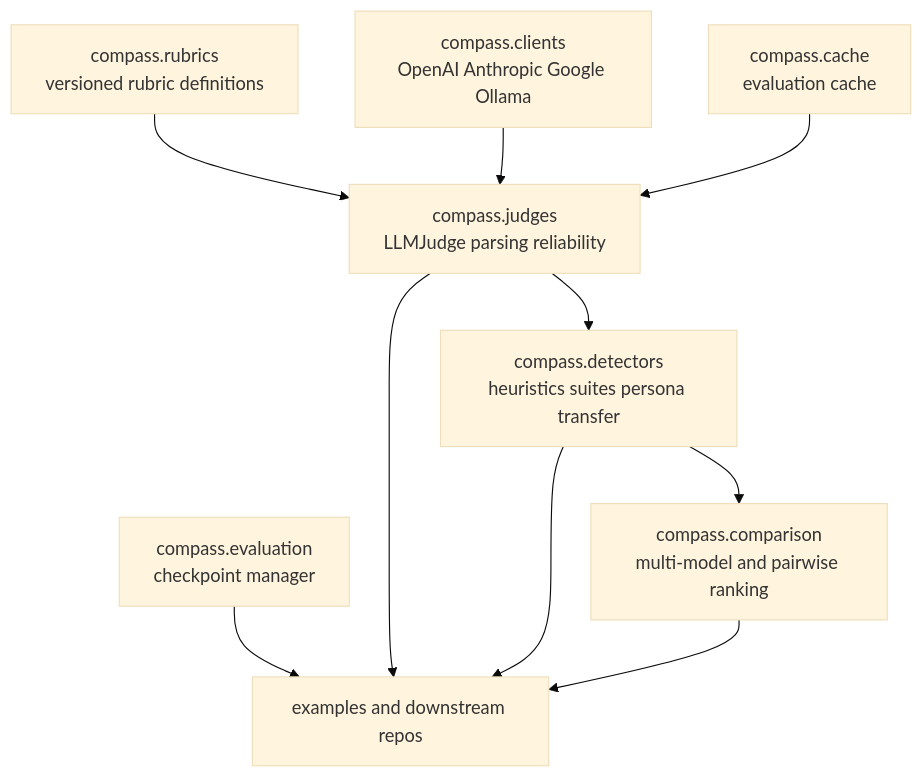
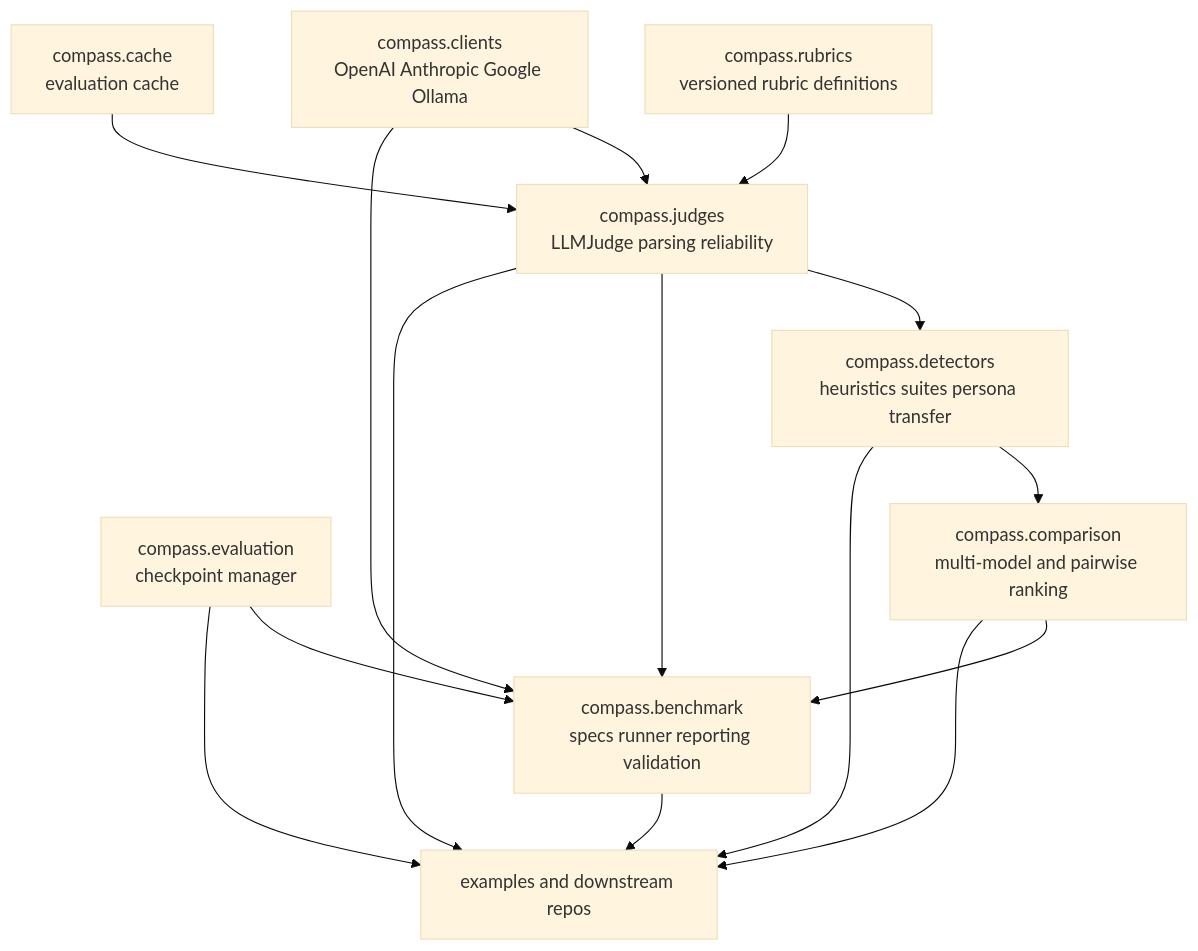
The first of 4 diagrams in ARCHITECTURE.md (prathibha-github/compass), drawn with Mermaid (base theme) before and after one commit. The commit also changed other lines of this file and 6 other files, not shown here.

````diff
--- a/ARCHITECTURE.md
+++ b/ARCHITECTURE.md
@@ -9,21 +9,27 @@
 ```mermaid
 flowchart TD
     R[compass.rubrics<br/>versioned rubric definitions]
     J[compass.judges<br/>LLMJudge parsing reliability]
     C[compass.clients<br/>OpenAI Anthropic Google Ollama]
     K[compass.cache<br/>evaluation cache]
     D[compass.detectors<br/>heuristics suites persona transfer]
     E[compass.evaluation<br/>checkpoint manager]
     P[compass.comparison<br/>multi-model and pairwise ranking]
+    B[compass.benchmark<br/>specs runner reporting validation]
     X[examples and downstream repos]
 
     R --> J
     C --> J
     K --> J
     J --> D
     D --> P
+    C --> B
+    E --> B
+    J --> B
+    P --> B
     E --> X
     J --> X
     D --> X
     P --> X
+    B --> X
 ```
````
